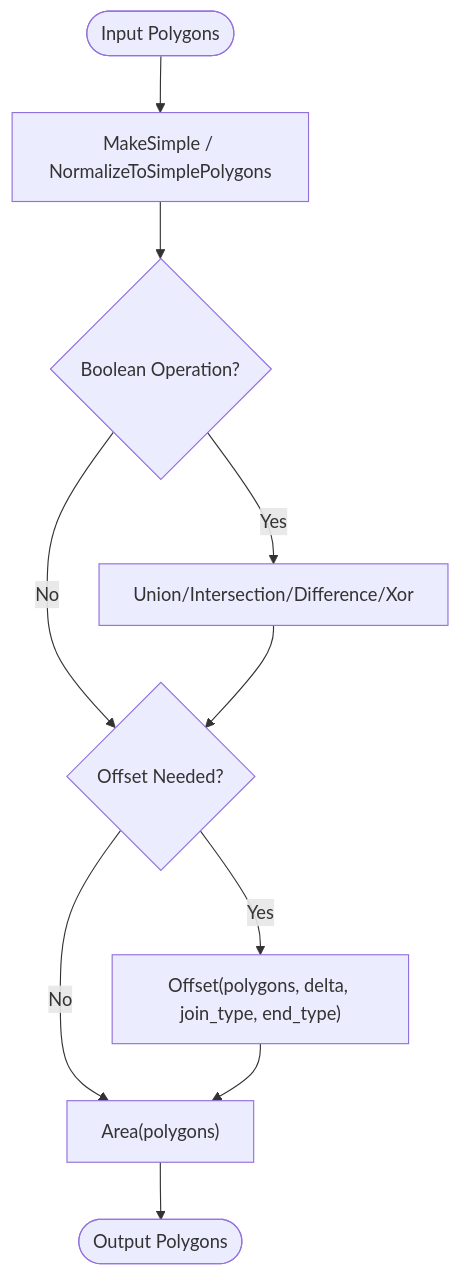
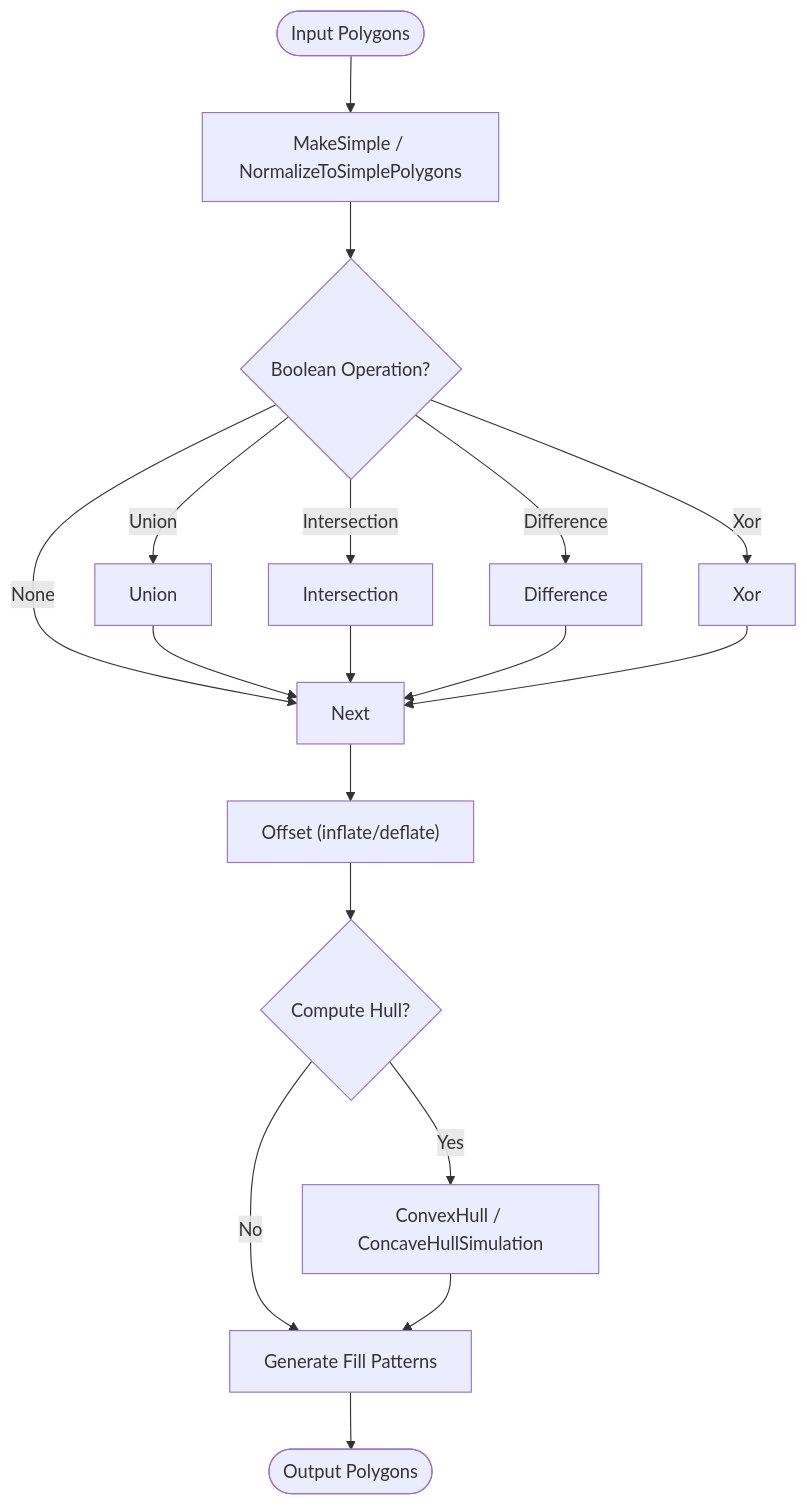
One commit to hsmbanlance/HsBaSlicer changed the fourth of 8 diagrams in .qoder/repowiki/en/content/Core Modules/Core Modules.md. Above: the diagram before and after it, drawn with Mermaid. The commit also changed other lines of this file and 1095 other files, not shown here.

````diff
--- a/.qoder/repowiki/en/content/Core Modules/Core Modules.md
+++ b/.qoder/repowiki/en/content/Core Modules/Core Modules.md
@@ -284,12 +272,20 @@
 ```mermaid
 flowchart TD
 Start(["Input Polygons"]) --> Simplify["MakeSimple / NormalizeToSimplePolygons"]
-Simplify --> BooleanOps{"Boolean Operation?"}
-BooleanOps --> |Yes| BoolRes["Union/Intersection/Difference/Xor"]
-BooleanOps --> |No| OffsetCheck{"Offset Needed?"}
-BoolRes --> OffsetCheck
-OffsetCheck --> |Yes| OffsetRes["Offset(polygons, delta, join_type, end_type)"]
-OffsetCheck --> |No| AreaCalc["Area(polygons)"]
-OffsetRes --> AreaCalc
-AreaCalc --> End(["Output Polygons"])
+Simplify --> BoolOps{"Boolean Operation?"}
+BoolOps --> |Union| U["Union"]
+BoolOps --> |Intersection| I["Intersection"]
+BoolOps --> |Difference| D["Difference"]
+BoolOps --> |Xor| X["Xor"]
+BoolOps --> |None| Next["Next"]
+U --> Next
+I --> Next
+D --> Next
+X --> Next
+Next --> Offset["Offset (inflate/deflate)"]
+Offset --> Hull{"Compute Hull?"}
+Hull --> |Yes| CH["ConvexHull / ConcaveHullSimulation"]
+Hull --> |No| Fill["Generate Fill Patterns"]
+CH --> Fill
+Fill --> End(["Output Polygons"])
 ```
````
